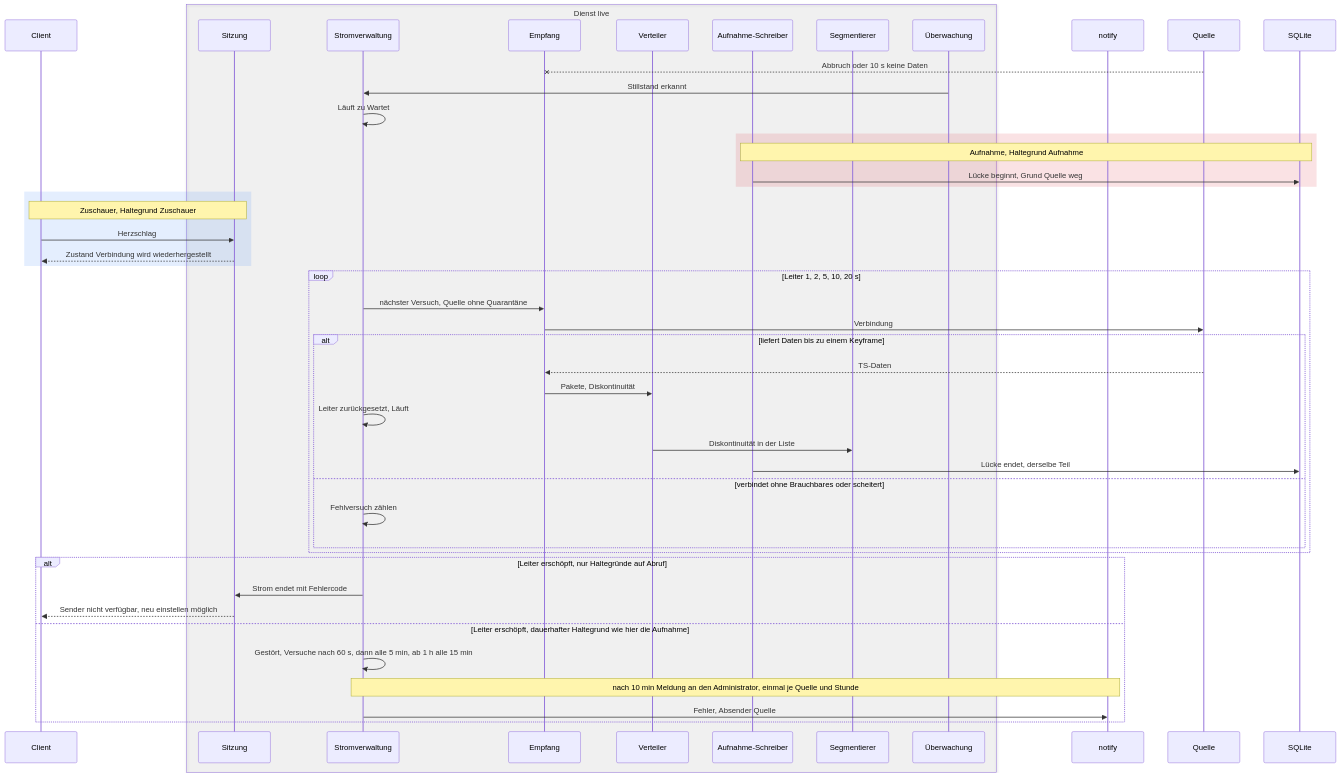
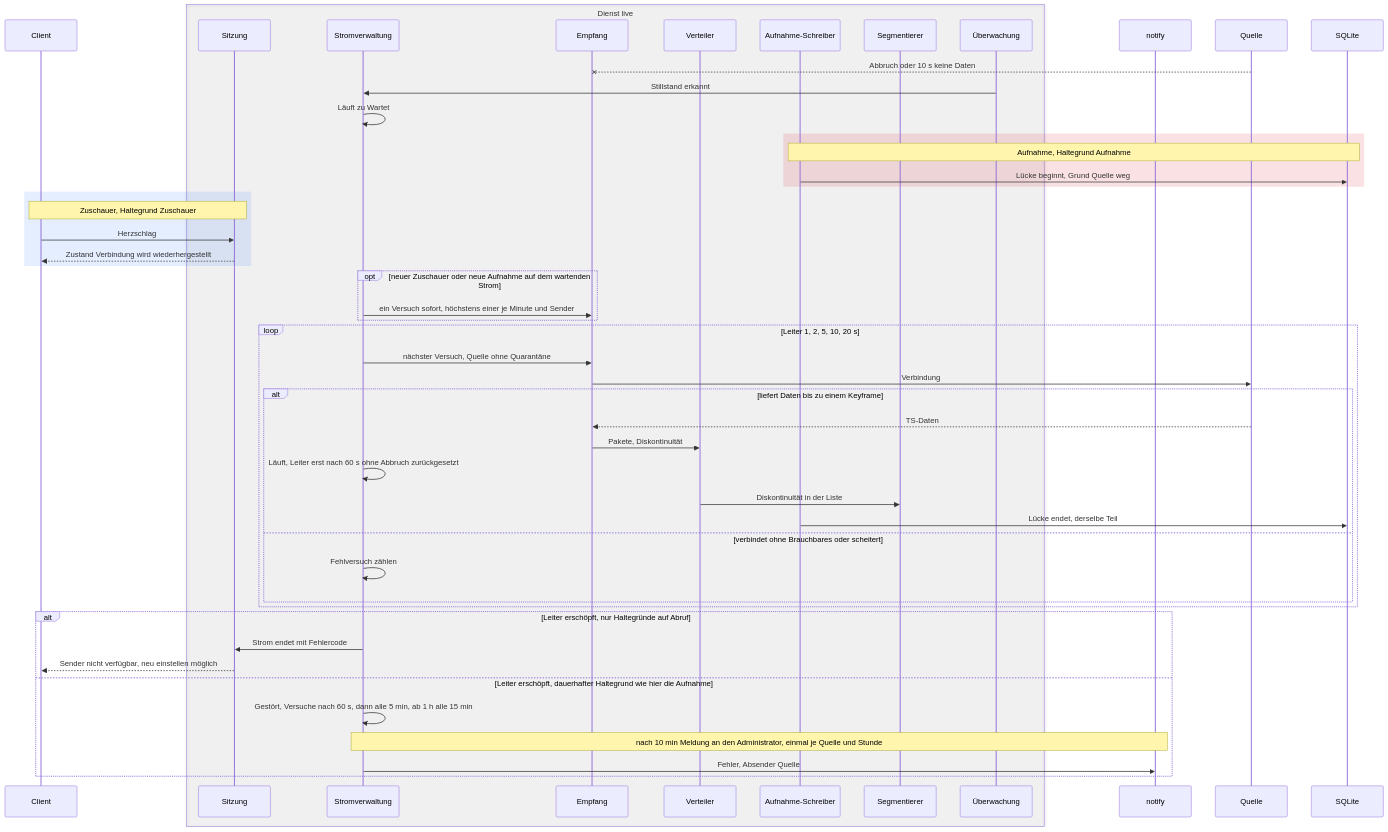
One commit to SlouchCat/slouchcat changed the tenth of 23 diagrams in docs/planning/28-live-tv/06-ablaeufe.md. Above: the diagram before and after it, drawn with Mermaid. The commit also changed other lines of this file, not shown here.

Commit message:
docs(planning): concept 28 live TV, flows version 3 for architecture version 4

````diff
--- a/docs/planning/28-live-tv/06-ablaeufe.md
+++ b/docs/planning/28-live-tv/06-ablaeufe.md
@@ -786,50 +850,53 @@
 ```mermaid
 sequenceDiagram
   participant CL as Client
   box rgba(128,128,128,0.08) Dienst live
     participant SES as Sitzung
     participant STR as Stromverwaltung
     participant EMP as Empfang
     participant VT as Verteiler
     participant AUF as Aufnahme-Schreiber
     participant SEG as Segmentierer
     participant UEB as Überwachung
   end
   participant NTF as notify
   participant Q as Quelle
   participant DB as SQLite
 
   Q--xEMP: Abbruch oder 10 s keine Daten
   UEB->>STR: Stillstand erkannt
   STR->>STR: Läuft zu Wartet
   rect rgba(220,53,69,0.14)
     Note over AUF,DB: Aufnahme, Haltegrund Aufnahme
     AUF->>DB: Lücke beginnt, Grund Quelle weg
   end
   rect rgba(66,135,245,0.14)
     Note over CL,SES: Zuschauer, Haltegrund Zuschauer
     CL->>SES: Herzschlag
     SES-->>CL: Zustand Verbindung wird wiederhergestellt
   end
+  opt neuer Zuschauer oder neue Aufnahme auf dem wartenden Strom
+    STR->>EMP: ein Versuch sofort, höchstens einer je Minute und Sender
+  end
   loop Leiter 1, 2, 5, 10, 20 s
     STR->>EMP: nächster Versuch, Quelle ohne Quarantäne
     EMP->>Q: Verbindung
     alt liefert Daten bis zu einem Keyframe
       Q-->>EMP: TS-Daten
       EMP->>VT: Pakete, Diskontinuität
-      STR->>STR: Leiter zurückgesetzt, Läuft
+      STR->>STR: Läuft, Leiter erst nach 60 s ohne Abbruch zurückgesetzt
       VT->>SEG: Diskontinuität in der Liste
       AUF->>DB: Lücke endet, derselbe Teil
     else verbindet ohne Brauchbares oder scheitert
       STR->>STR: Fehlversuch zählen
     end
   end
   alt Leiter erschöpft, nur Haltegründe auf Abruf
     STR->>SES: Strom endet mit Fehlercode
     SES-->>CL: Sender nicht verfügbar, neu einstellen möglich
   else Leiter erschöpft, dauerhafter Haltegrund wie hier die Aufnahme
     STR->>STR: Gestört, Versuche nach 60 s, dann alle 5 min, ab 1 h alle 15 min
     Note over STR,NTF: nach 10 min Meldung an den Administrator, einmal je Quelle und Stunde
     STR->>NTF: Fehler, Absender Quelle
   end
 ```
````
